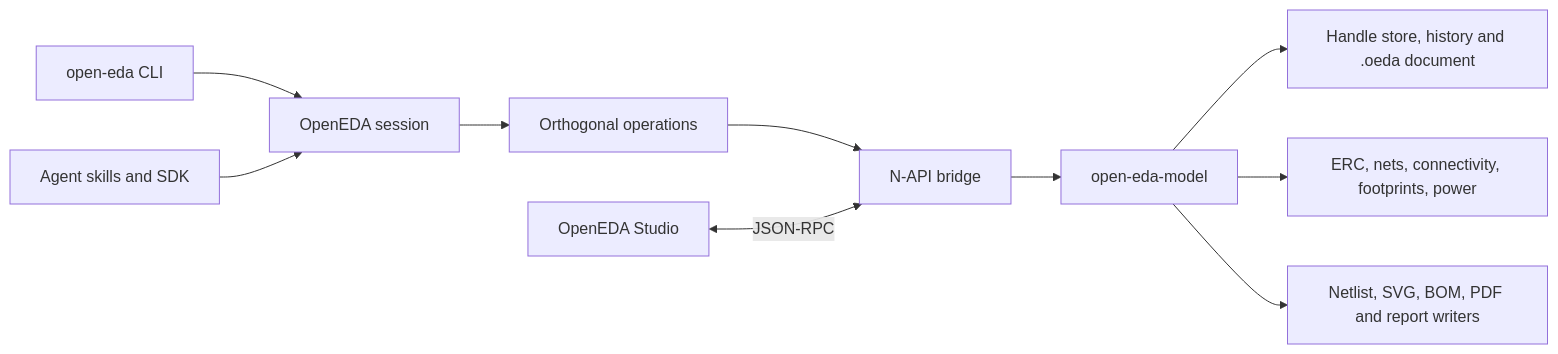
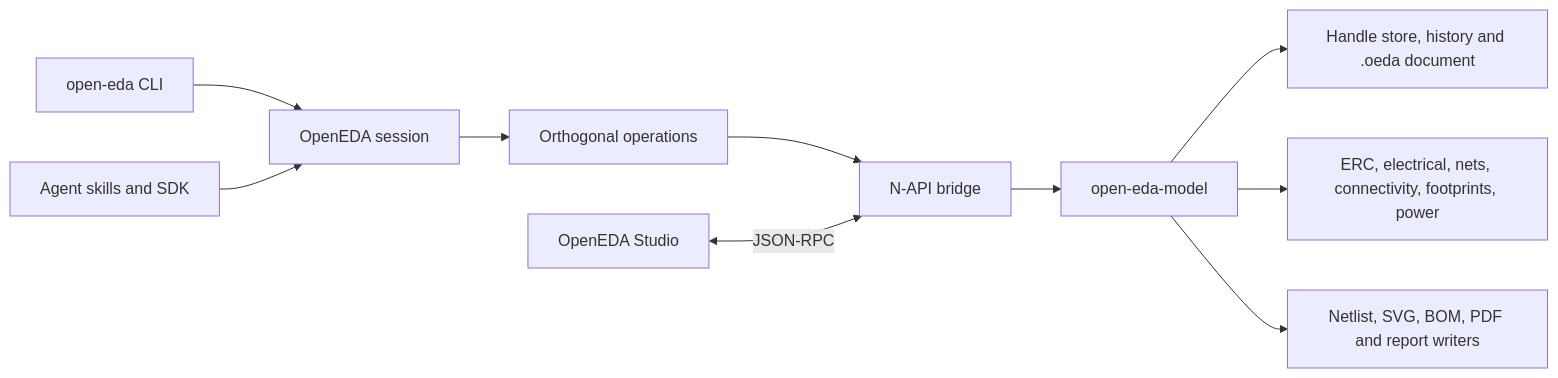
Before and after one commit to nyar-os/OpenEDA: the diagram in Readme.md, drawn with Mermaid. The commit also changed other lines of this file and 12 other files, not shown here.

````diff
--- a/Readme.md
+++ b/Readme.md
@@ -265,12 +281,12 @@
 ```mermaid
 flowchart LR
     CLI["open-eda CLI"] --> Session["OpenEDA session"]
     Skills["Agent skills and SDK"] --> Session
     Session --> Service["Orthogonal operations"]
     Service --> Native["N-API bridge"]
     Native --> Model["open-eda-model"]
     Model --> Store["Handle store, history and .oeda document"]
-    Model --> Checks["ERC, nets, connectivity, footprints, power"]
+    Model --> Checks["ERC, electrical, nets, connectivity, footprints, power"]
     Model --> Writers["Netlist, SVG, BOM, PDF and report writers"]
     Studio["OpenEDA Studio"] <-->|"JSON-RPC"| Native
 ```
````
